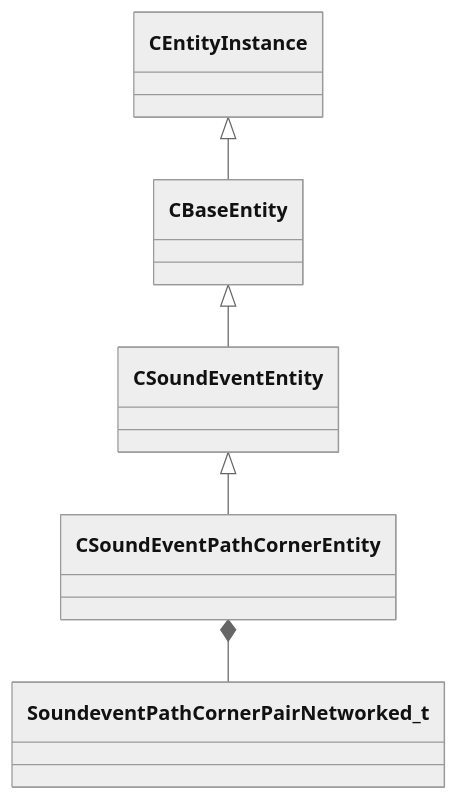
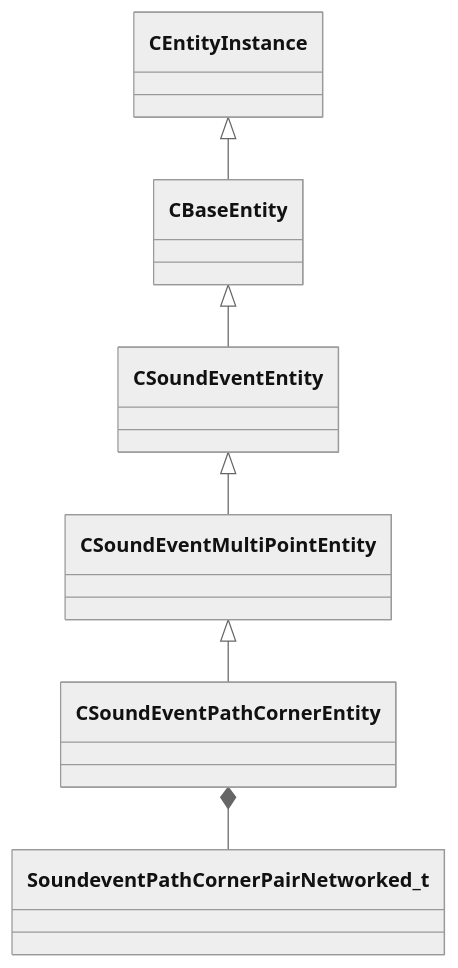
Before and after one commit to CS2OpenDev/CS2OpenDev-Docs: the diagram in docs/generated/schemas/server/CSoundEventPathCornerEntity.md, drawn with Mermaid (neutral theme). The commit also changed other lines of this file and 4654 other files, not shown here.

Commit message:
docs: regenerate for SchemaTracker build 25947352 [skip ci]

````diff
--- a/docs/generated/schemas/server/CSoundEventPathCornerEntity.md
+++ b/docs/generated/schemas/server/CSoundEventPathCornerEntity.md
@@ -19,7 +19,8 @@
 ```mermaid
 classDiagram
-    CSoundEventEntity <|-- CSoundEventPathCornerEntity
+    CSoundEventMultiPointEntity <|-- CSoundEventPathCornerEntity
+    CSoundEventEntity <|-- CSoundEventMultiPointEntity
     CBaseEntity <|-- CSoundEventEntity
     CEntityInstance <|-- CBaseEntity
     CSoundEventPathCornerEntity *-- SoundeventPathCornerPairNetworked_t
 ```
````
